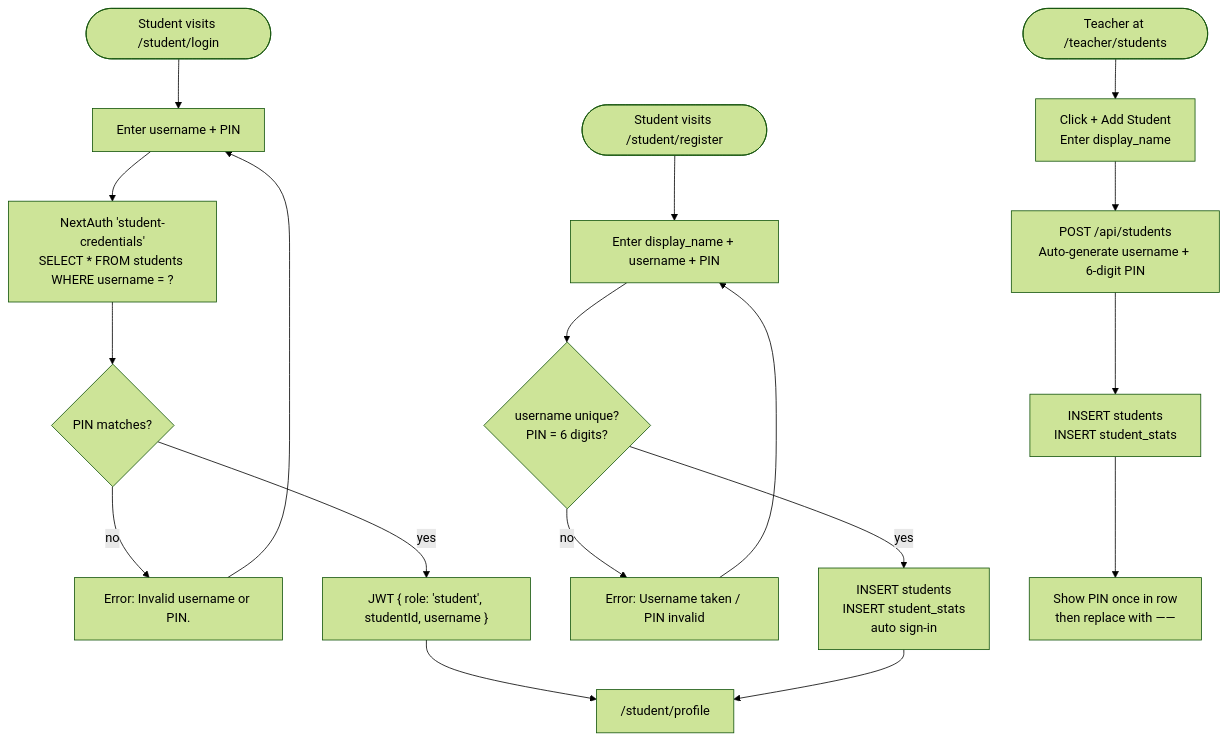
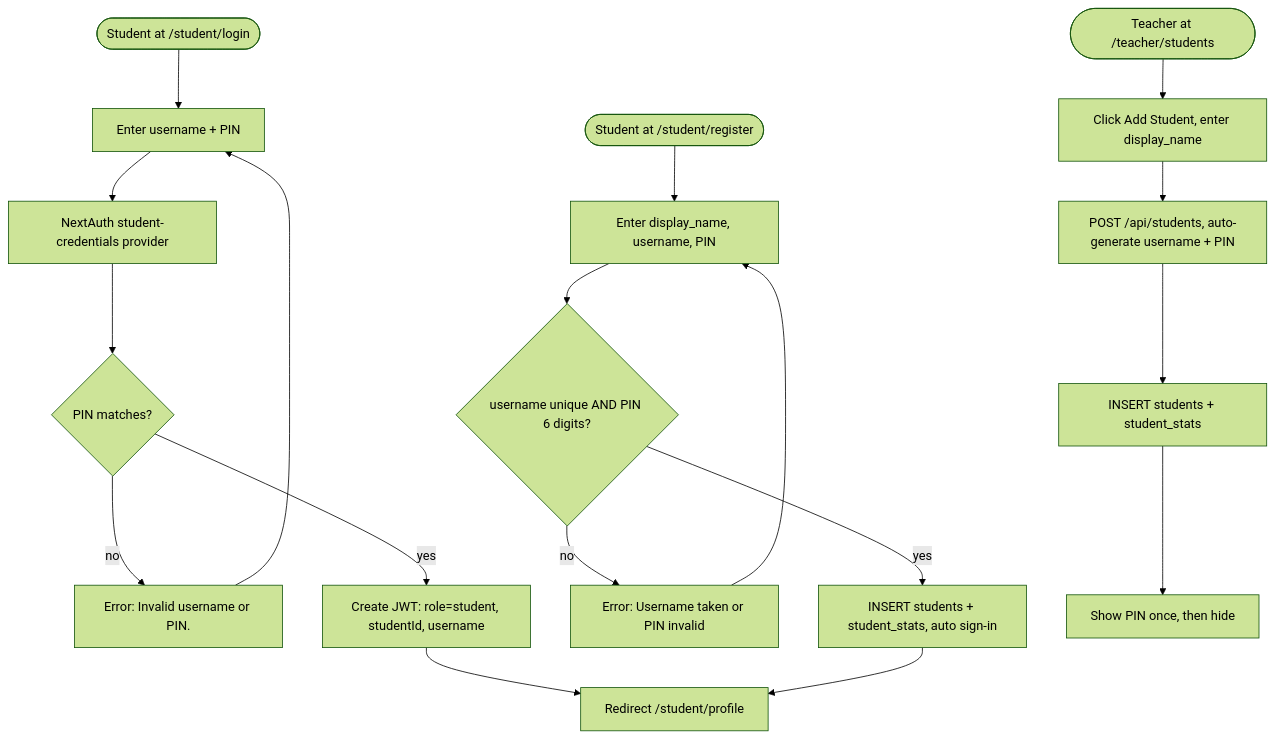
The seventh of 9 diagrams in docs/specs.md (linhhd1kt/fce-quizz), drawn with Mermaid (forest theme) before and after one commit. The commit also changed other lines of this file, not shown here.

Commit message:
fix: correct Mermaid syntax in specs.md (slash shapes, curly braces, newlines in labels)

````diff
--- a/docs/specs.md
+++ b/docs/specs.md
@@ -539,22 +537,22 @@
 ```mermaid
 flowchart TD
-    A([Student visits /student/login]) --> B[Enter username + PIN]
-    B --> C["NextAuth 'student-credentials'\nSELECT * FROM students WHERE username = ?"]
+    A([Student at /student/login]) --> B["Enter username + PIN"]
+    B --> C["NextAuth student-credentials provider"]
     C --> D{PIN matches?}
     D -- no --> E["Error: Invalid username or PIN."]
     E --> B
-    D -- yes --> F["JWT { role: 'student', studentId, username }"]
-    F --> G["/student/profile"]
+    D -- yes --> F["Create JWT: role=student, studentId, username"]
+    F --> G["Redirect /student/profile"]
 
-    H([Student visits /student/register]) --> I[Enter display_name + username + PIN]
-    I --> J{"username unique?\nPIN = 6 digits?"}
-    J -- no --> K["Error: Username taken / PIN invalid"]
+    H([Student at /student/register]) --> I["Enter display_name, username, PIN"]
+    I --> J{username unique AND PIN 6 digits?}
+    J -- no --> K["Error: Username taken or PIN invalid"]
     K --> I
-    J -- yes --> L["INSERT students\nINSERT student_stats\nauto sign-in"]
+    J -- yes --> L["INSERT students + student_stats, auto sign-in"]
     L --> G
 
-    M([Teacher at /teacher/students]) --> N["Click + Add Student\nEnter display_name"]
-    N --> O["POST /api/students\nAuto-generate username + 6-digit PIN"]
-    O --> P["INSERT students\nINSERT student_stats"]
-    P --> Q["Show PIN once in row\nthen replace with ——"]
+    M([Teacher at /teacher/students]) --> N["Click Add Student, enter display_name"]
+    N --> O["POST /api/students, auto-generate username + PIN"]
+    O --> P["INSERT students + student_stats"]
+    P --> Q["Show PIN once, then hide"]
 ```
````
